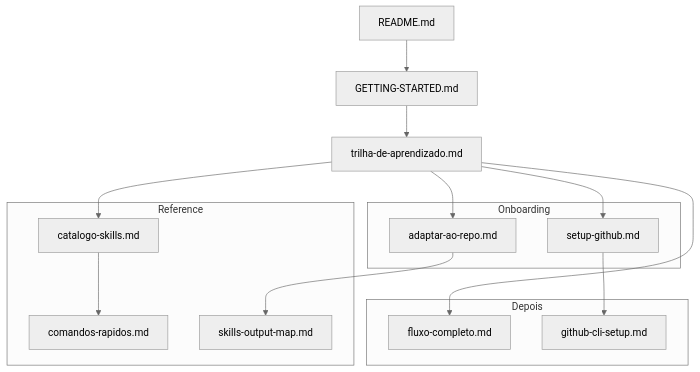
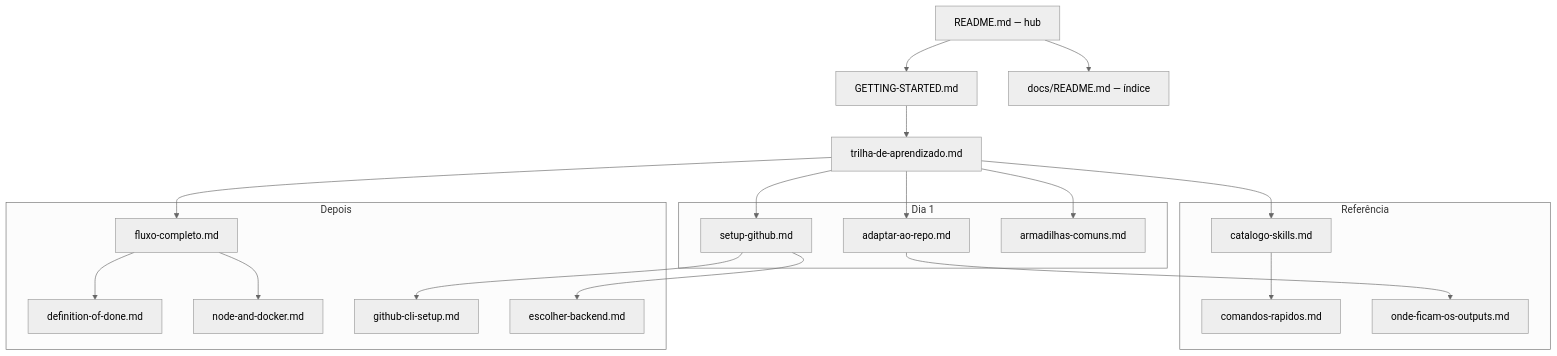
Before and after one commit to MatheusFelipeCorrea/Dev-Kit: the diagram in .github/docs/assets/hyperion-docs-map.mmd, drawn with Mermaid (neutral theme). The commit also changed 30 other files, not shown here.

```diff
--- a/.github/docs/assets/hyperion-docs-map.mmd
+++ b/.github/docs/assets/hyperion-docs-map.mmd
@@ -1,30 +1,41 @@
+%% Hyperion documentation map — keep in sync with README.md + docs/README.md
 flowchart TB
+  README["README.md — hub"]
   GS["GETTING-STARTED.md"]
-  README["README.md"]
+  INDEX["docs/README.md — índice"]
   TRILHA["trilha-de-aprendizado.md"]
 
-  subgraph onboarding ["Onboarding"]
+  subgraph dia1 ["Dia 1"]
     SETUP["setup-github.md"]
     ADAPT["adaptar-ao-repo.md"]
+    PIT["armadilhas-comuns.md"]
   end
 
-  subgraph reference ["Reference"]
+  subgraph ref ["Referência"]
     CMD["comandos-rapidos.md"]
     CAT["catalogo-skills.md"]
-    SOM["skills-output-map.md"]
+    OUT["onde-ficam-os-outputs.md"]
   end
 
-  subgraph rest ["Depois"]
+  subgraph depois ["Depois"]
     FLOW["fluxo-completo.md"]
+    DOD["definition-of-done.md"]
+    NODE["node-and-docker.md"]
     GH["github-cli-setup.md"]
+    BE["escolher-backend.md"]
   end
 
   README --> GS
+  README --> INDEX
   GS --> TRILHA
   TRILHA --> SETUP
   TRILHA --> ADAPT
+  TRILHA --> PIT
+  TRILHA --> CAT
+  CAT --> CMD
   TRILHA --> FLOW
   SETUP --> GH
-  ADAPT --> SOM
-  TRILHA --> CAT
-  CAT --> CMD
+  ADAPT --> OUT
+  FLOW --> DOD
+  FLOW --> NODE
+  SETUP --> BE
```
